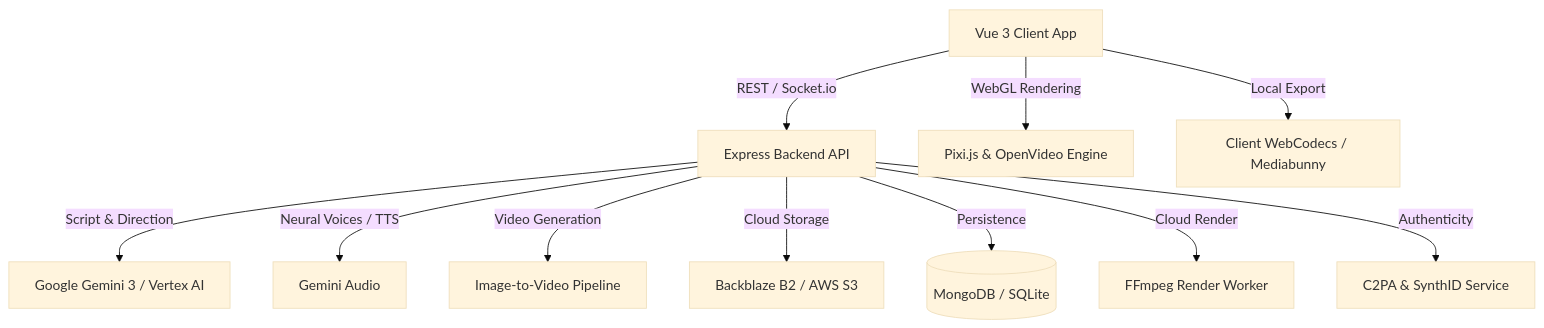
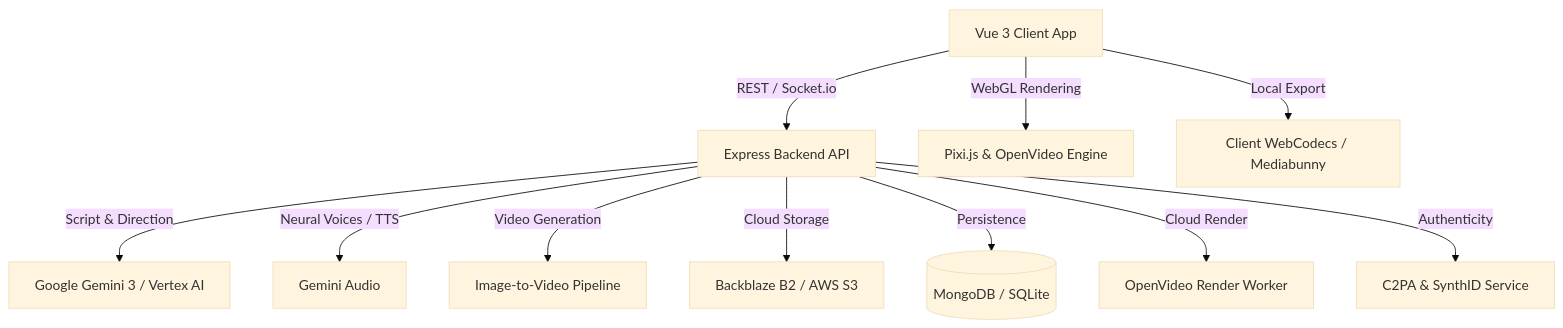
One commit to agrhub/Shine changed the diagram in README.md. Above: the diagram before and after it, drawn with Mermaid (base theme). The commit also changed other lines of this file and 53 other files, not shown here.

Commit message:
Fix Flow and Gemini services Update skills and API

````diff
--- a/README.md
+++ b/README.md
@@ -67,14 +67,14 @@
 ```mermaid
 graph TD
     Client[Vue 3 Client App] -->|REST / Socket.io| Server[Express Backend API]
     Client -->|WebGL Rendering| PIXI[Pixi.js & OpenVideo Engine]
     Client -->|Local Export| WebCodecs[Client WebCodecs / Mediabunny]
 
     Server -->|Script & Direction| Gemini[Google Gemini 3 / Vertex AI]
     Server -->|Neural Voices / TTS| TTS[Gemini Audio]
     Server -->|Video Generation| VideoAI[Image-to-Video Pipeline]
     Server -->|Cloud Storage| S3[Backblaze B2 / AWS S3]
     Server -->|Persistence| DB[(MongoDB / SQLite)]
-    Server -->|Cloud Render| FFmpeg[FFmpeg Render Worker]
+    Server -->|Cloud Render| OpenVideo[OpenVideo Render Worker]
     Server -->|Authenticity| C2PA[C2PA & SynthID Service]
 ```
````
